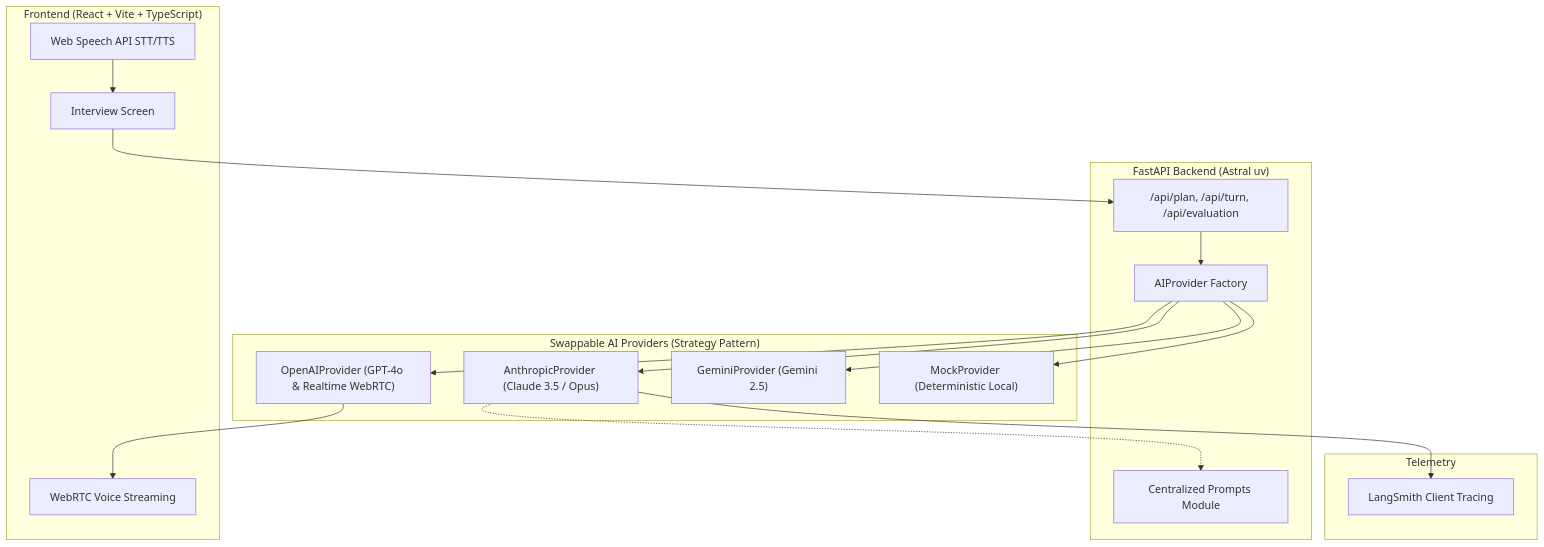
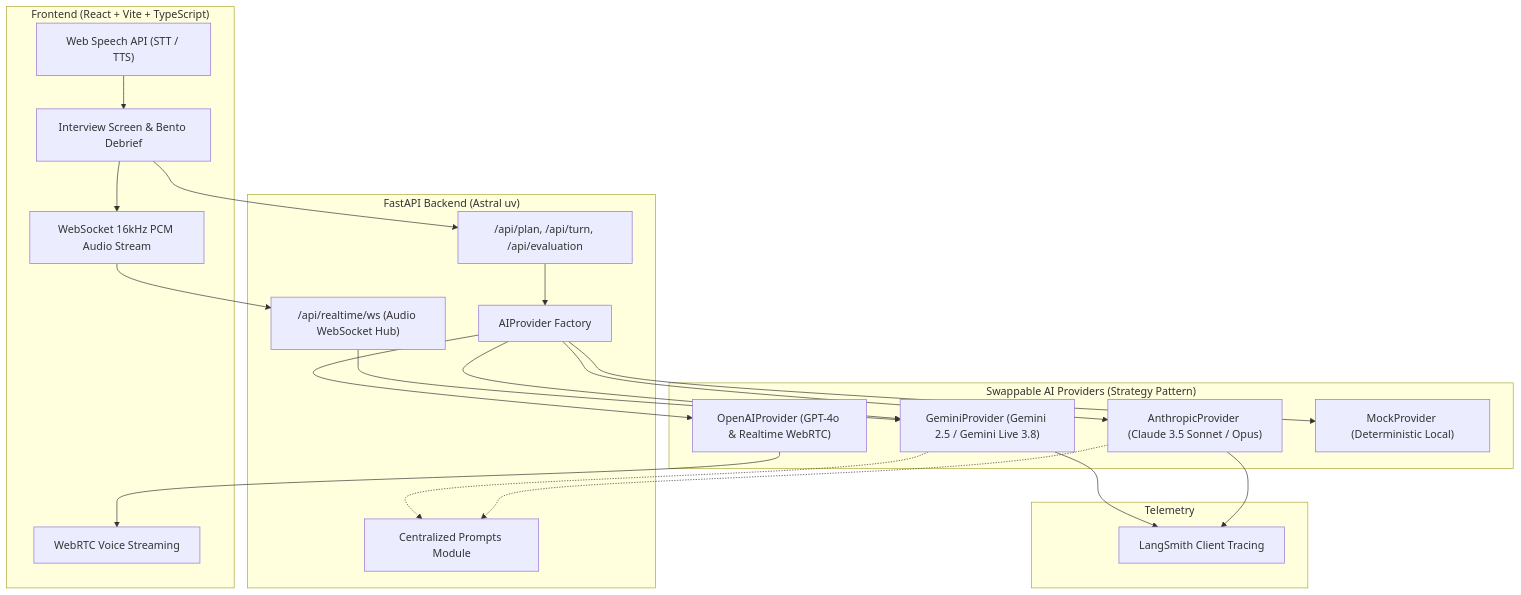
The first of 2 diagrams in README.md (luiggisao1/interviewer-ai), drawn with Mermaid before and after one commit. The commit also changed other lines of this file, not shown here.

Commit message:
docs: document Gemini Live realtime audio streaming architecture, DSP pipeline, and sequence flow

````diff
--- a/README.md
+++ b/README.md
@@ -86,36 +86,43 @@
 ```mermaid
 flowchart TD
     subgraph Client ["Frontend (React + Vite + TypeScript)"]
-        UI[Interview Screen]
-        WebSpeech[Web Speech API STT/TTS]
-        WebRTC[WebRTC Voice Streaming]
+        UI["Interview Screen & Bento Debrief"]
+        WebSpeech["Web Speech API (STT / TTS)"]
+        GeminiWS["WebSocket 16kHz PCM Audio Stream"]
+        WebRTC["WebRTC Voice Streaming"]
     end
 
     subgraph API ["FastAPI Backend (Astral uv)"]
         Router["/api/plan, /api/turn, /api/evaluation"]
-        Factory[AIProvider Factory]
-        Prompts[Centralized Prompts Module]
+        WSRouter["/api/realtime/ws (Audio WebSocket Hub)"]
+        Factory["AIProvider Factory"]
+        Prompts["Centralized Prompts Module"]
     end
 
     subgraph Providers ["Swappable AI Providers (Strategy Pattern)"]
-        Anthropic["AnthropicProvider (Claude 3.5 / Opus)"]
+        Gemini["GeminiProvider (Gemini 2.5 / Gemini Live 3.8)"]
+        Anthropic["AnthropicProvider (Claude 3.5 Sonnet / Opus)"]
         OpenAI["OpenAIProvider (GPT-4o & Realtime WebRTC)"]
-        Gemini["GeminiProvider (Gemini 2.5)"]
         Mock["MockProvider (Deterministic Local)"]
     end
 
     subgraph Observability ["Telemetry"]
-        LangSmith[LangSmith Client Tracing]
+        LangSmith["LangSmith Client Tracing"]
     end
 
     UI --> Router
+    UI --> GeminiWS
+    GeminiWS --> WSRouter
+    WSRouter --> Gemini
     Router --> Factory
+    Factory --> Gemini
     Factory --> Anthropic
     Factory --> OpenAI
-    Factory --> Gemini
     Factory --> Mock
+    Gemini -.-> Prompts
+    Gemini --> LangSmith
     Anthropic -.-> Prompts
     Anthropic --> LangSmith
     OpenAI --> WebRTC
     WebSpeech --> UI
 ```
````
